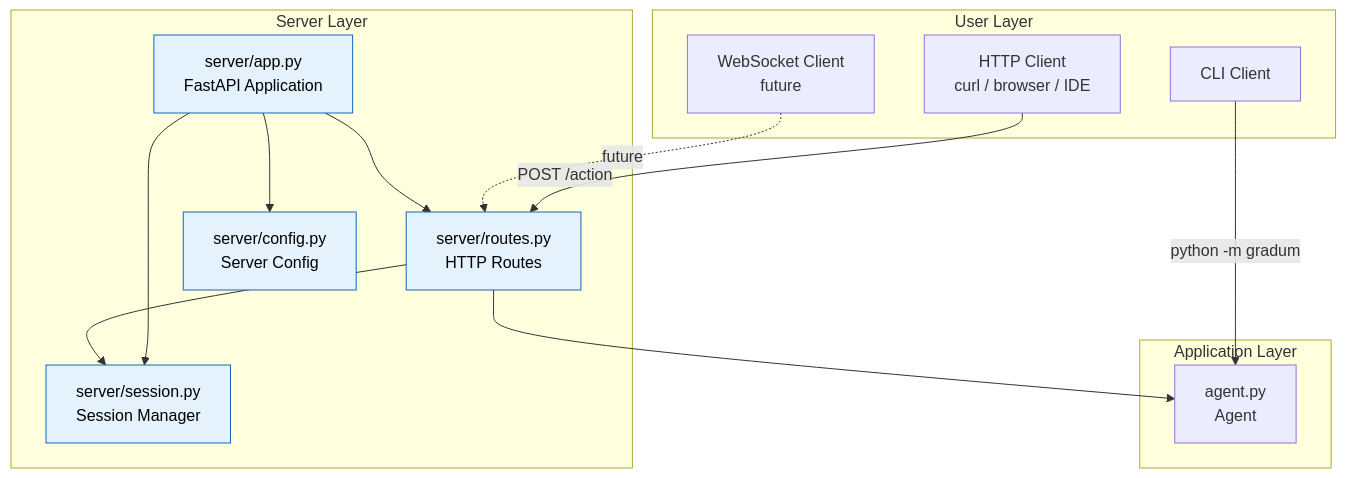
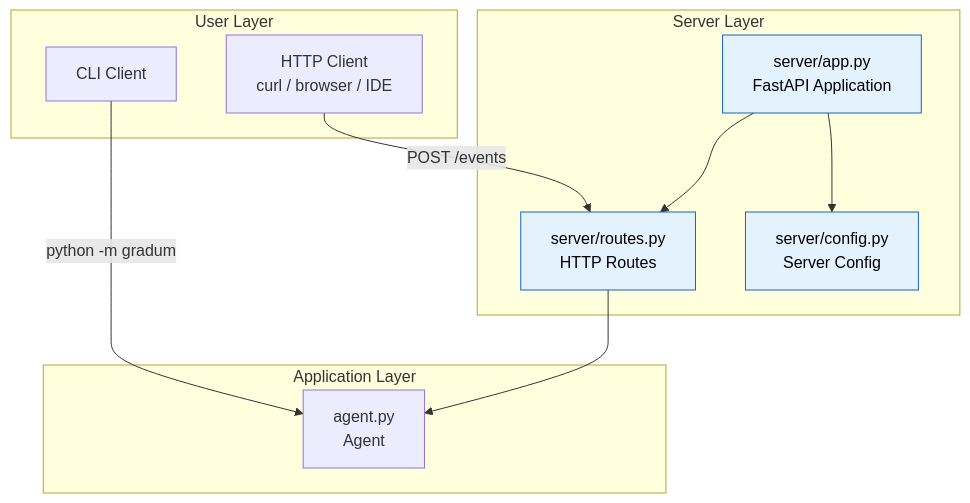
Before and after one commit to lg841226/Gradum: the ninth of 15 diagrams in docs/ARCHITECTURE.md, drawn with Mermaid. The commit also changed other lines of this file and 16 other files, not shown here.

````diff
--- a/docs/ARCHITECTURE.md
+++ b/docs/ARCHITECTURE.md
@@ -886,32 +859,27 @@
 ```mermaid
 graph TB
     subgraph UserLayer["User Layer"]
         CLI[CLI Client]
         HTTPClient[HTTP Client<br/>curl / browser / IDE]
-        WSClient[WebSocket Client<br/>future]
     end
 
     subgraph ServerLayer["Server Layer"]
         ServerApp["server/app.py<br/>FastAPI Application"]
         ServerRoutes["server/routes.py<br/>HTTP Routes"]
-        ServerSession["server/session.py<br/>Session Manager"]
         ServerConfig["server/config.py<br/>Server Config"]
     end
 
     subgraph AppLayer["Application Layer"]
         Agent["agent.py<br/>Agent"]
     end
 
     CLI -->|"python -m gradum"| Agent
-    HTTPClient -->|"POST /action"| ServerRoutes
-    WSClient -.->|"future"| ServerRoutes
+    HTTPClient -->|"POST /events"| ServerRoutes
 
     ServerApp --> ServerConfig
     ServerApp --> ServerRoutes
-    ServerApp --> ServerSession
-    ServerRoutes --> ServerSession
     ServerRoutes --> Agent
 
     classDef server fill:#e3f2fd,stroke:#1565c0,color:#000
-    class ServerApp,ServerRoutes,ServerSession,ServerConfig server
+    class ServerApp,ServerRoutes,ServerConfig server
 ```
````
